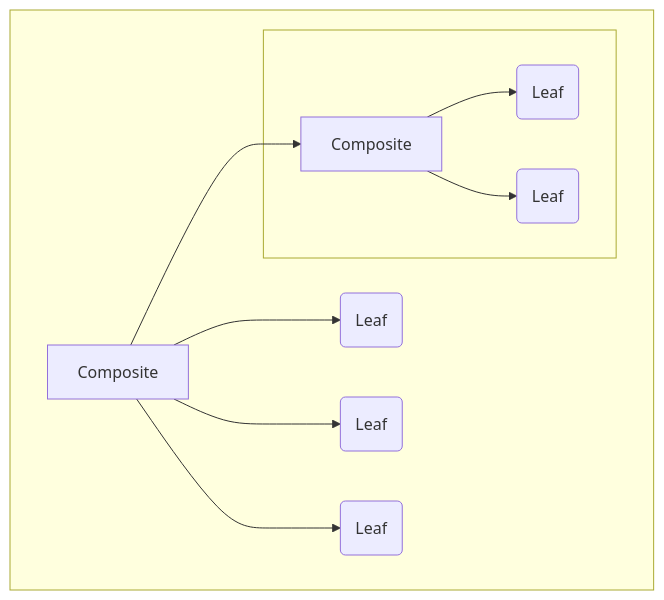
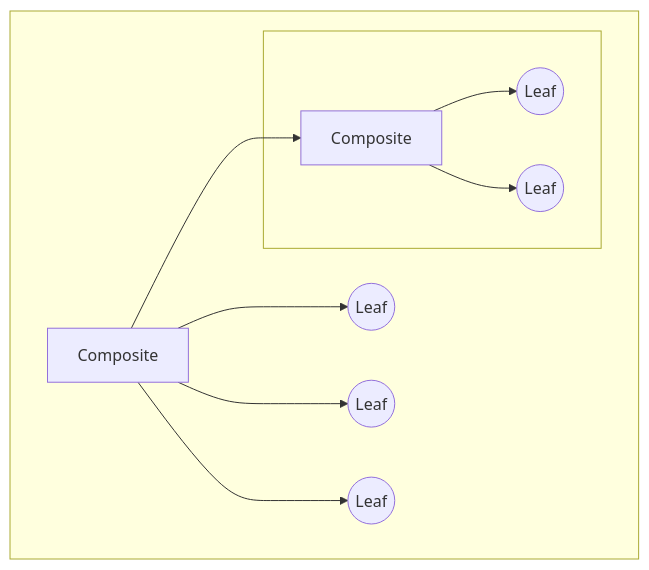
Before and after one commit to angelromarco04/MyNotes: the first of 2 diagrams in Programming/Patterns/data/Composite.md, drawn with Mermaid.

Commit message:
-03-2024_2109

````diff
--- a/Programming/Patterns/data/Composite.md
+++ b/Programming/Patterns/data/Composite.md
@@ -20,23 +20,23 @@
 ```mermaid
 flowchart TD
 
 Composite1[Composite]
 Composite2[Composite]
-Leaf1(Leaf)
-Leaf2(Leaf)
-Leaf3(Leaf)
-Leaf4(Leaf)
-Leaf5(Leaf)
+Leaf1((Leaf))
+Leaf2((Leaf))
+Leaf3((Leaf))
+Leaf4((Leaf))
+Leaf5((Leaf))
 
 subgraph 1 [ ]
 Composite1 --> Leaf1
 Composite1 --> Leaf2
 Composite1 --> Composite2
 Composite1 --> Leaf3
 
 subgraph 2 [ ]
 Composite2 --> Leaf4
 Composite2 --> Leaf5
 end
 end
 ```
````
